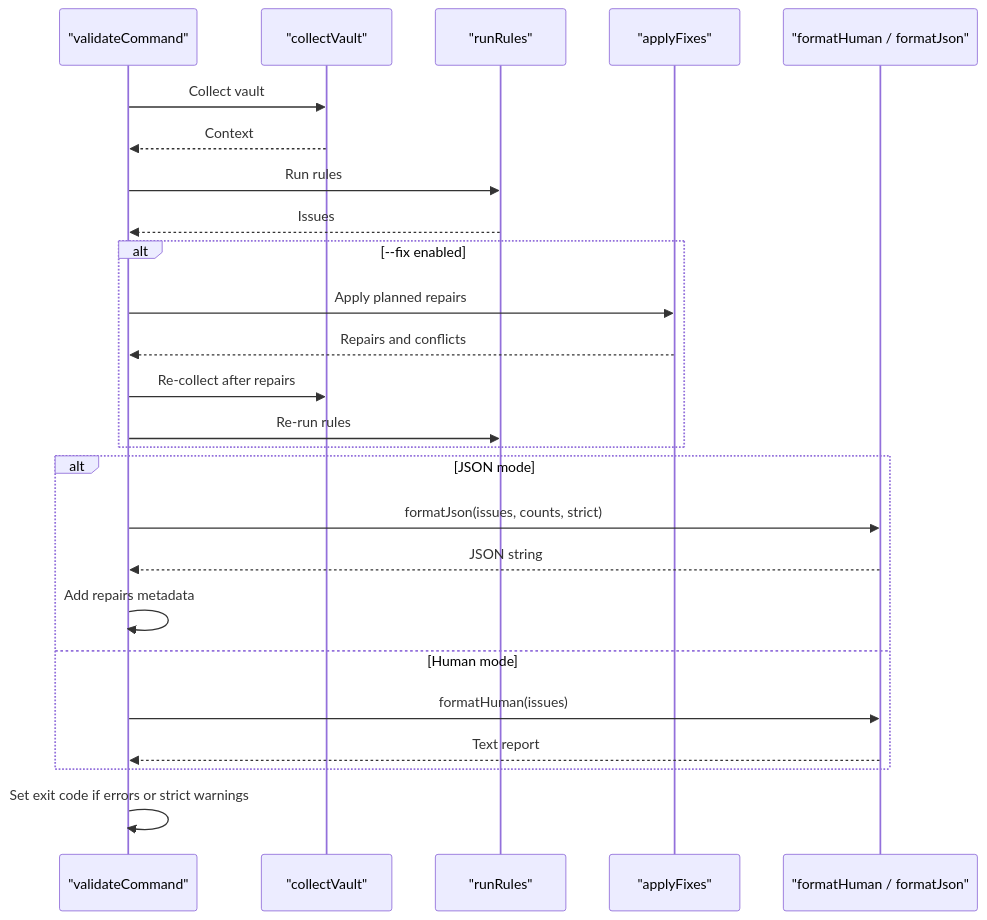
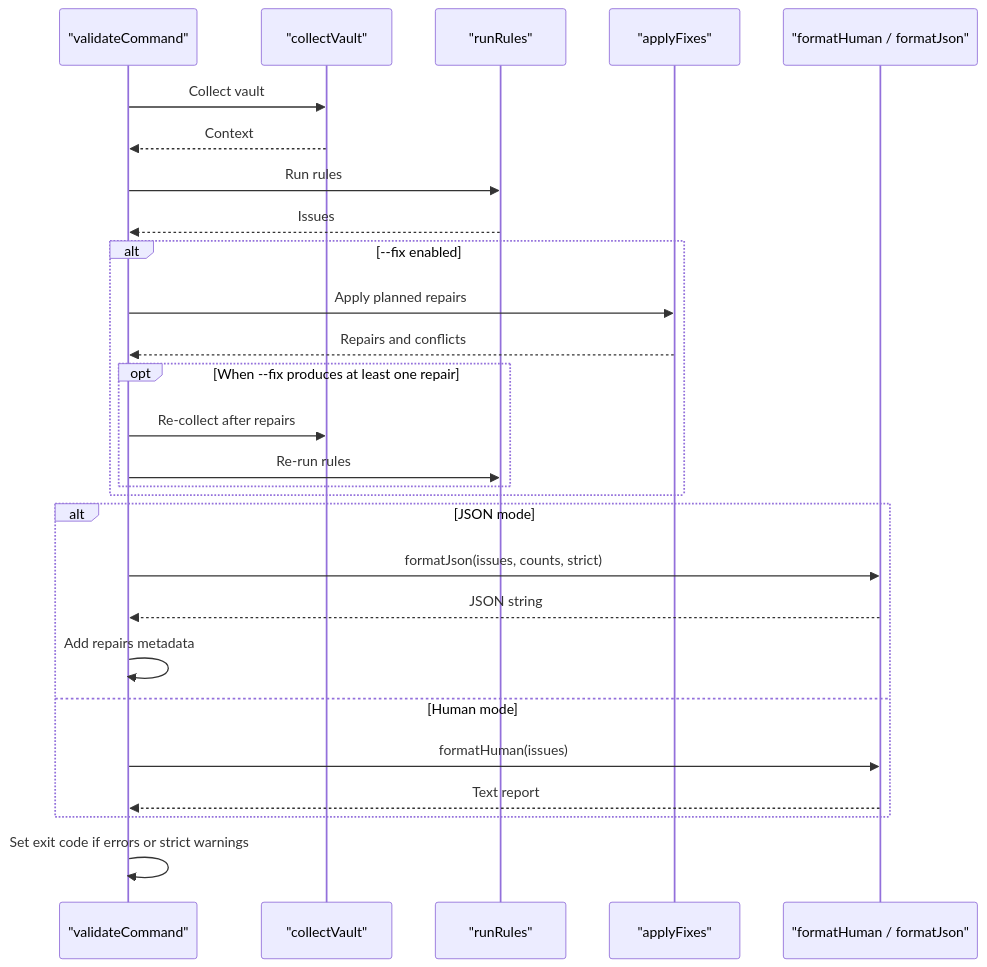
Before and after one commit to Kuldeep2822k/palee-architecture: the sixth of 7 diagrams in Validation Framework/Output Formatting System.md, drawn with Mermaid. The commit also changed other lines of this file and 4 other files, not shown here.

Commit message:
docs(validation): fix format contract, rule diagram edges and collection order

````diff
--- a/Validation Framework/Output Formatting System.md
+++ b/Validation Framework/Output Formatting System.md
@@ -256,28 +278,30 @@
 ```mermaid
 sequenceDiagram
   participant Handler as "validateCommand"
   participant Vault as "collectVault"
   participant Rules as "runRules"
   participant Fix as "applyFixes"
   participant Format as "formatHuman / formatJson"
 
   Handler->>Vault: Collect vault
   Vault-->>Handler: Context
   Handler->>Rules: Run rules
   Rules-->>Handler: Issues
   alt --fix enabled
     Handler->>Fix: Apply planned repairs
     Fix-->>Handler: Repairs and conflicts
-    Handler->>Vault: Re-collect after repairs
-    Handler->>Rules: Re-run rules
+    opt When --fix produces at least one repair
+      Handler->>Vault: Re-collect after repairs
+      Handler->>Rules: Re-run rules
+    end
   end
   alt JSON mode
     Handler->>Format: formatJson(issues, counts, strict)
     Format-->>Handler: JSON string
     Handler->>Handler: Add repairs metadata
   else Human mode
     Handler->>Format: formatHuman(issues)
     Format-->>Handler: Text report
   end
   Handler->>Handler: Set exit code if errors or strict warnings
 ```
````
